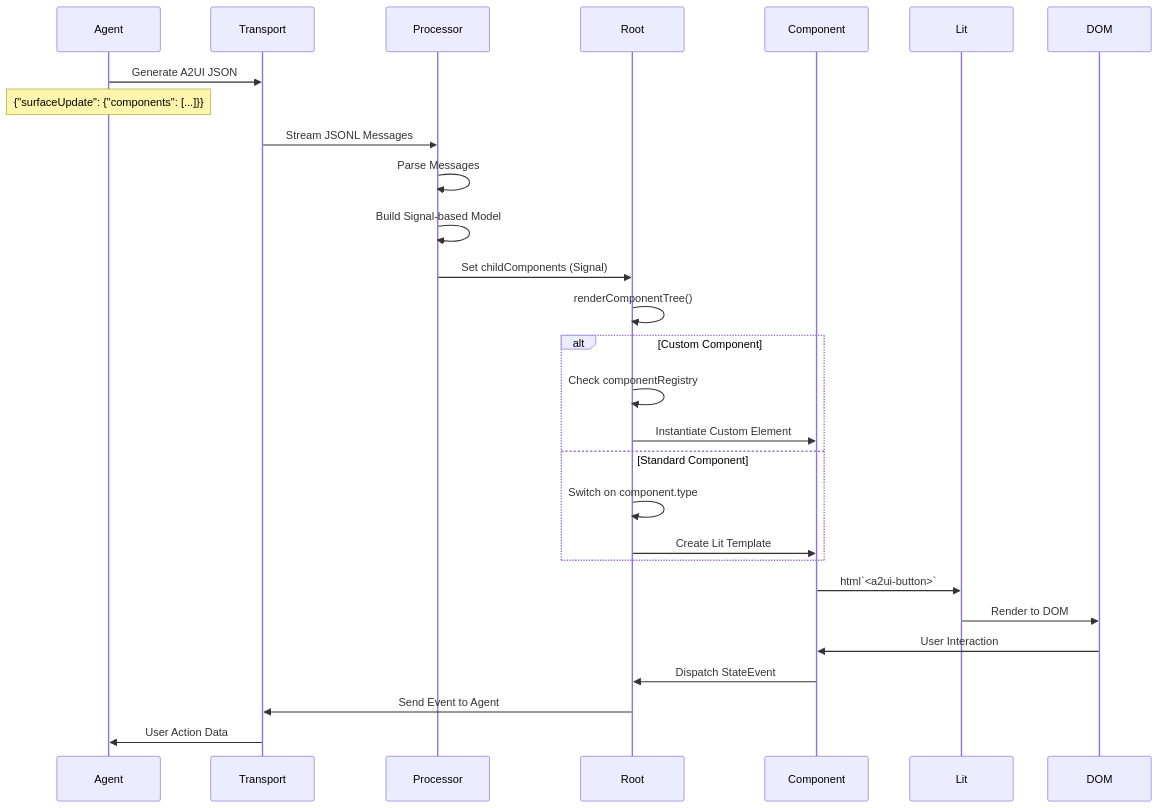
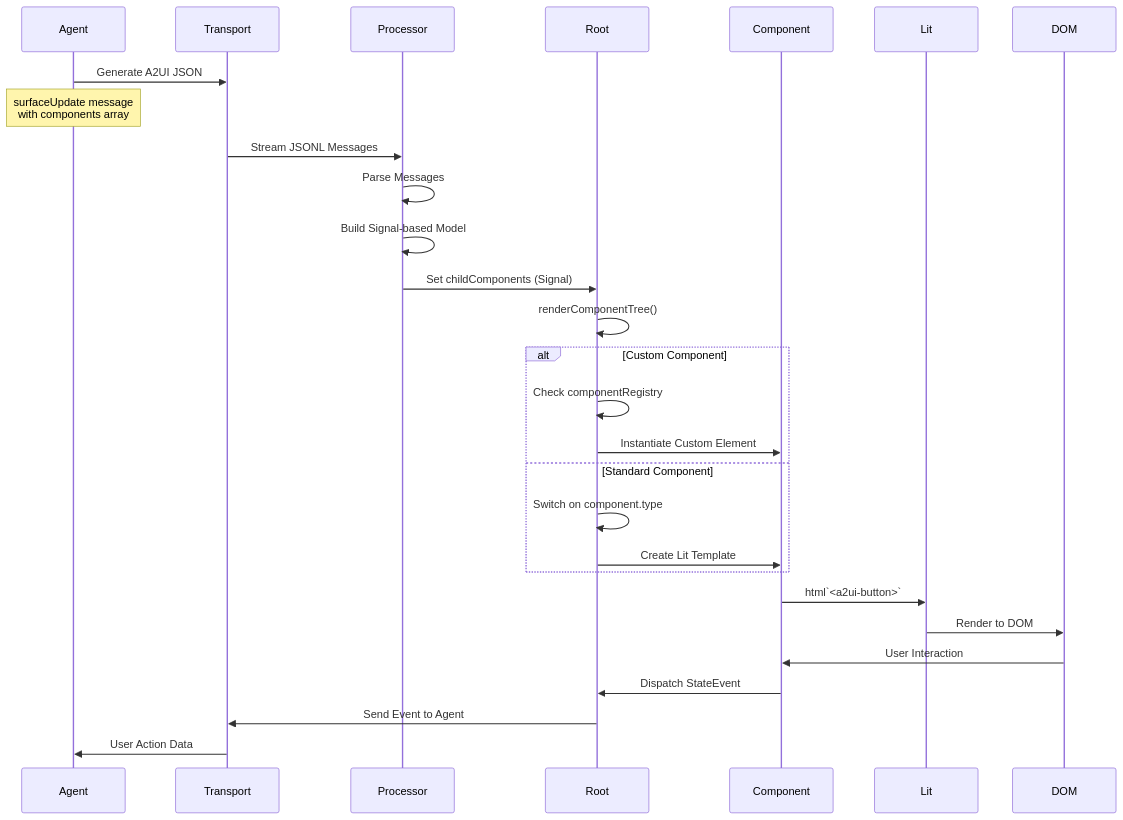
The second of 6 diagrams in A2UI_TECHNICAL_ARCHITECTURE.md (google/A2UI), drawn with Mermaid before and after one commit. The commit also changed other lines of this file, not shown here.

Commit message:
Fix Mermaid syntax error in Data Binding Flow diagram

````diff
--- a/A2UI_TECHNICAL_ARCHITECTURE.md
+++ b/A2UI_TECHNICAL_ARCHITECTURE.md
@@ -115,36 +115,36 @@
 ```mermaid
 sequenceDiagram
     participant Agent
     participant Transport
     participant Processor
     participant Root
     participant Component
     participant Lit
     participant DOM
 
     Agent->>Transport: Generate A2UI JSON
-    Note over Agent: {"surfaceUpdate": {"components": [...]}}
+    Note over Agent: surfaceUpdate message<br/>with components array
     
     Transport->>Processor: Stream JSONL Messages
     Processor->>Processor: Parse Messages
     Processor->>Processor: Build Signal-based Model
     
     Processor->>Root: Set childComponents (Signal)
     Root->>Root: renderComponentTree()
     
     alt Custom Component
         Root->>Root: Check componentRegistry
         Root->>Component: Instantiate Custom Element
     else Standard Component
         Root->>Root: Switch on component.type
         Root->>Component: Create Lit Template
     end
     
     Component->>Lit: html`<a2ui-button>`
     Lit->>DOM: Render to DOM
     
     DOM->>Component: User Interaction
     Component->>Root: Dispatch StateEvent
     Root->>Transport: Send Event to Agent
     Transport->>Agent: User Action Data
 ```
````
